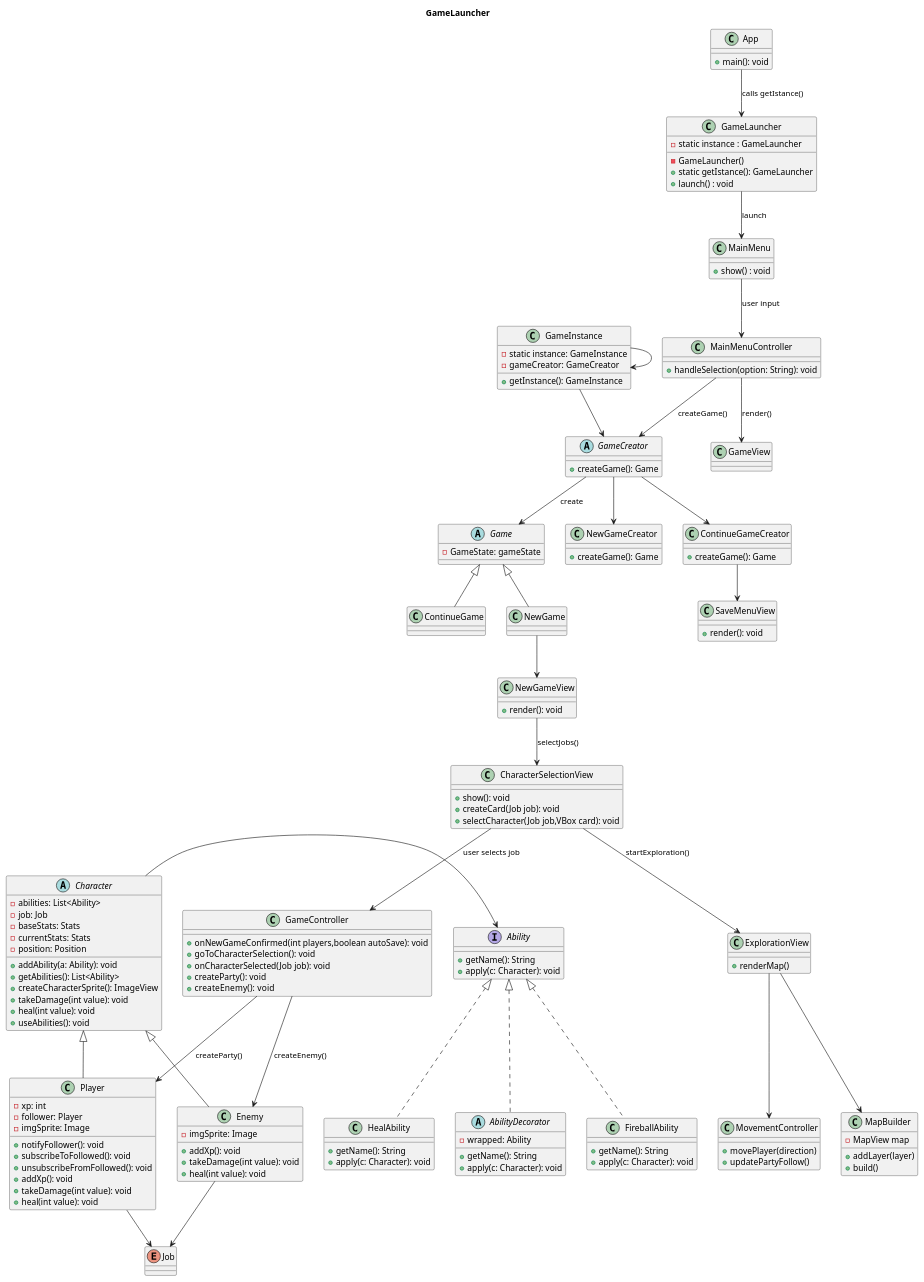
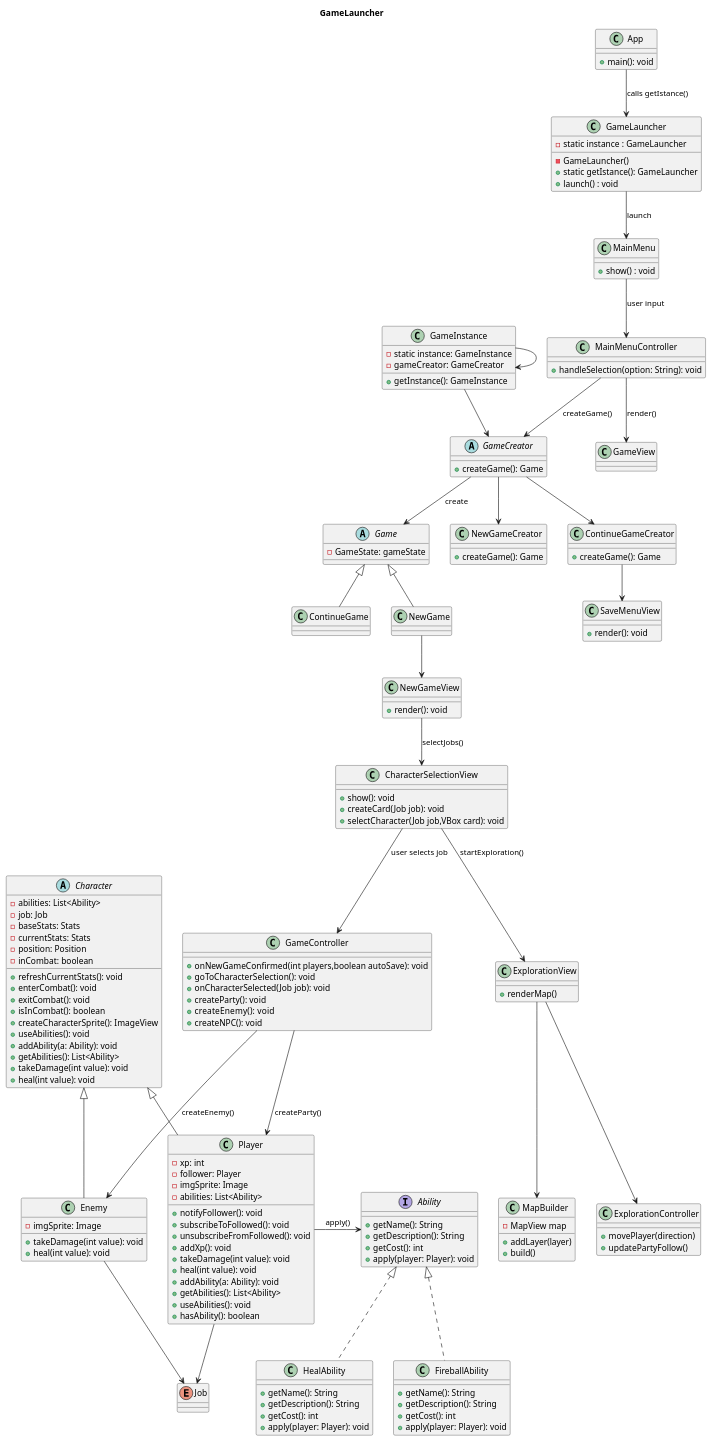
Before and after one commit to samMM-cs/iss-team2: the diagram in user_stories_pml/The_Cycle.puml, drawn with PlantUML. The commit also changed 20 other files, not shown here.

```diff
--- a/user_stories_pml/The_Cycle.puml
+++ b/user_stories_pml/The_Cycle.puml
@@ -1,178 +1,189 @@
 @startuml GameLauncher
 
 title GameLauncher
 
 class App{
     + main(): void
 }
 App-->GameLauncher: calls getIstance()
 
 class GameLauncher{
     - static instance : GameLauncher
     - GameLauncher()
     +static getIstance(): GameLauncher
     + launch() : void
 }
 
 class MainMenu{
     +show() : void
 }
 
 GameLauncher-->MainMenu: launch
 
 abstract class GameCreator{
     + createGame(): Game
 }
 
 class NewGameCreator{
     + createGame(): Game
 }
 
 class ContinueGameCreator{
     + createGame(): Game
 }
 
 GameCreator -down-> NewGameCreator
 GameCreator -down-> ContinueGameCreator
 GameCreator --> Game : create
 
 abstract class Game{
     - GameState: gameState
 }
 
 class NewGame{}
 class ContinueGame{}
 
 class NewGame {}
 class ContinueGame {}
 
 Game <|-- NewGame
 Game <|-- ContinueGame
 
 class NewGameView {
     + render(): void
 }
 class SaveMenuView {
     + render(): void
 }
 
 NewGame --> NewGameView
 ContinueGameCreator --> SaveMenuView
 
 ' ===== Singleton GameInstance =====
 class GameInstance {
     - static instance: GameInstance
     - gameCreator: GameCreator
     + getInstance(): GameInstance
 }
 
 GameInstance --> GameCreator
 GameInstance --> GameInstance
 
 class MainMenuController{
     + handleSelection(option: String): void
 }
 
 MainMenu --> MainMenuController : user input
 MainMenuController --> GameCreator : createGame()
 MainMenuController --> GameView : render()
 
 'Choose character job, uso Abstract Factory'
 abstract class Character{
     -abilities: List<Ability>
-    +addAbility(a: Ability): void
-    +getAbilities(): List<Ability>
     - job: Job
     -baseStats: Stats
     -currentStats: Stats
     -position: Position
+    -inCombat: boolean
+    +refreshCurrentStats(): void
+    +enterCombat(): void
+    +exitCombat(): void
+    +isInCombat(): boolean
     +createCharacterSprite(): ImageView
+    +useAbilities(): void
+    +addAbility(a: Ability): void
+    +getAbilities(): List<Ability>
     +takeDamage(int value): void
     +heal(int value): void
-    +useAbilities(): void
 }
 
 class Player extends Character{
     - xp: int
     - follower: Player
     - imgSprite: Image
+    - abilities: List<Ability>
     +notifyFollower(): void
     +subscribeToFollowed(): void
     +unsubscribeFromFollowed(): void
     +addXp(): void
     +takeDamage(int value): void
     +heal(int value): void
+    +addAbility(a: Ability): void
+    +getAbilities(): List<Ability>
+    +useAbilities(): void
+    +hasAbility(): boolean
 }
 class Enemy extends Character{
     - imgSprite: Image
-    +addXp(): void
     +takeDamage(int value): void
     +heal(int value): void
 }
 
 class CharacterSelectionView{
     +show(): void
     +createCard(Job job): void
     +selectCharacter(Job job,VBox card): void
 }
 class GameController{
     +onNewGameConfirmed(int players,boolean autoSave): void
     +goToCharacterSelection(): void
     +onCharacterSelected(Job job): void
     +createParty(): void
     +createEnemy():  void
+    +createNPC(): void
 
 }
 enum Job{}
 CharacterSelectionView-->GameController: user selects job
 NewGameView-->CharacterSelectionView: selectJobs()
 GameController-->Player:createParty()
 GameController-->Enemy:createEnemy()
 Player-->Job
 Enemy-->Job
 
-'Character Evolution, Decorator'
+'Character Evolution, Strategy'
 interface Ability{
     +getName(): String
-    +apply(c: Character): void
-}
-abstract class AbilityDecorator implements Ability{
-    -wrapped: Ability
-    +getName(): String
-    +apply(c: Character): void
+    +getDescription(): String
+    +getCost(): int
+    +apply(player: Player): void
 }
 
 class FireballAbility implements Ability{
     +getName(): String
-    +apply(c: Character): void
+    +getDescription(): String
+    +getCost(): int
+    +apply(player: Player): void
 }
 
 class HealAbility implements Ability{
     +getName(): String
-    +apply(c: Character): void
+    +getDescription(): String
+    +getCost(): int
+    +apply(player: Player): void
 }
 
-Character->Ability
+Player->Ability: apply()
 
 'Builder'
 
 class MapBuilder{
     - MapView map
     + addLayer(layer)
     + build()
 }
 
   class ExplorationView {
     + renderMap()
   }
 
-  class MovementController {
+  class ExplorationController {
     + movePlayer(direction)
     + updatePartyFollow()
   }
 
-  ExplorationView --> MovementController
+  ExplorationView --> ExplorationController
   ExplorationView --> MapBuilder
 
   CharacterSelectionView-->ExplorationView: startExploration()
 @enduml
```
